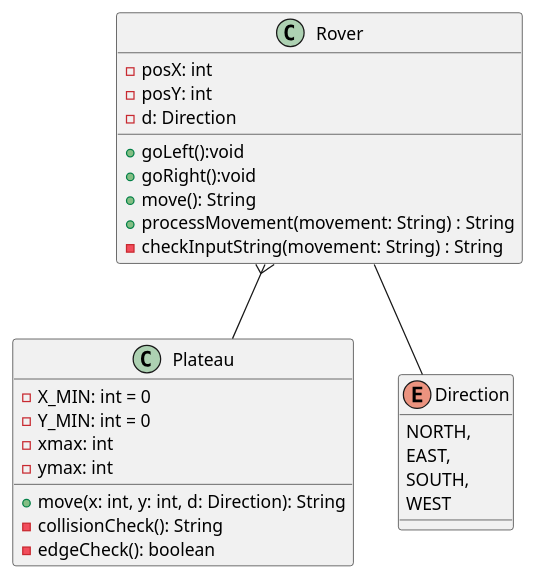
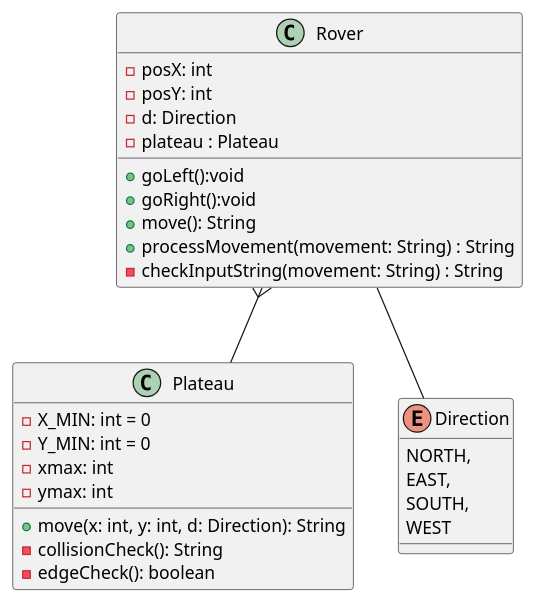
The diagram in MarsRover.puml (jayshree430/MarsRover), drawn with PlantUML before and after one commit.

Commit message:
Added new Plateau object in Rover class in UML design

```diff
--- a/MarsRover.puml
+++ b/MarsRover.puml
@@ -1,39 +1,40 @@
 @startuml
 'https://plantuml.com/class-diagram
 
 Rover }-- Plateau
 Rover -- Direction
 
 
 class Plateau {
 - X_MIN: int = 0
 - Y_MIN: int = 0
 - xmax: int
 - ymax: int
 
 + move(x: int, y: int, d: Direction): String
 - collisionCheck(): String
 - edgeCheck(): boolean
 }
 
 class Rover {
     - posX: int
     - posY: int
     - d: Direction
+    - plateau : Plateau
 
     + goLeft():void
     + goRight():void
     + move(): String
     + processMovement(movement: String) : String
     - checkInputString(movement: String) : String
 }
 
 
 enum Direction {
 NORTH,
 EAST,
 SOUTH,
 WEST
 }
 
 @enduml
```
